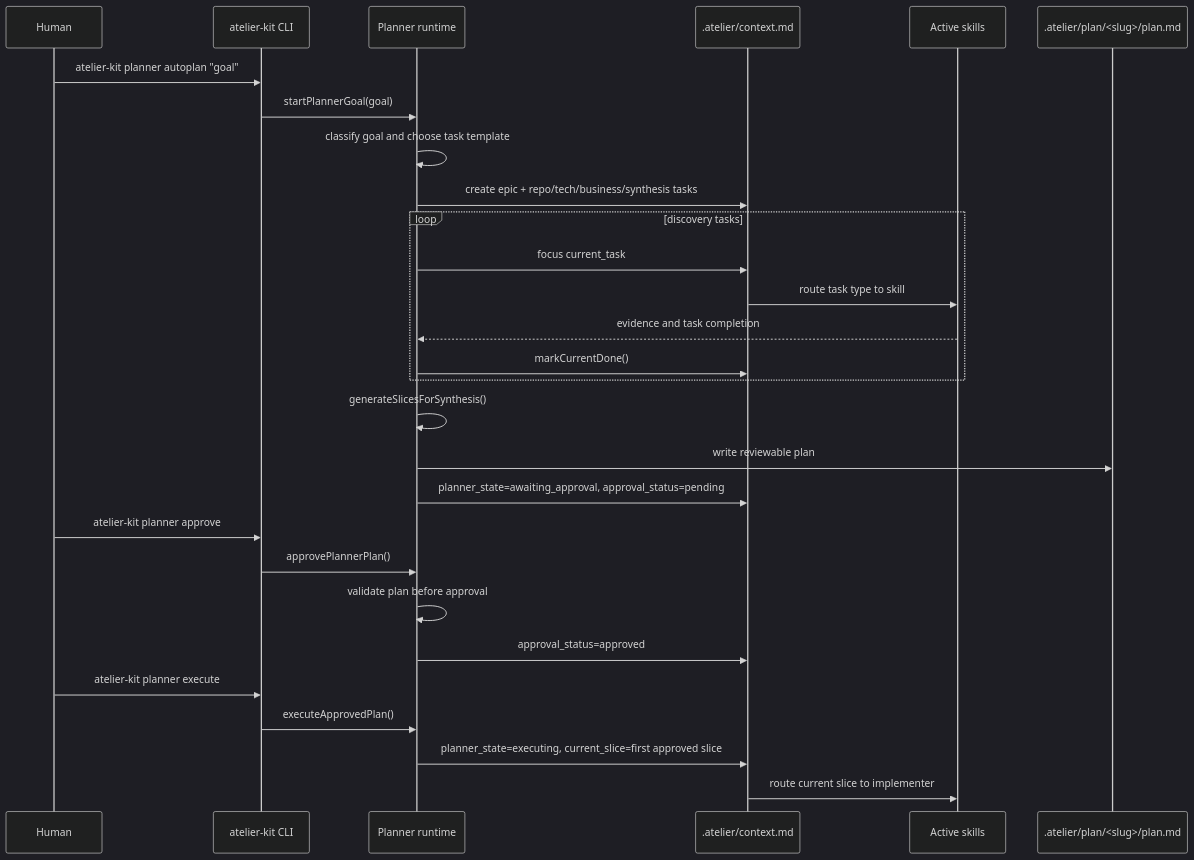
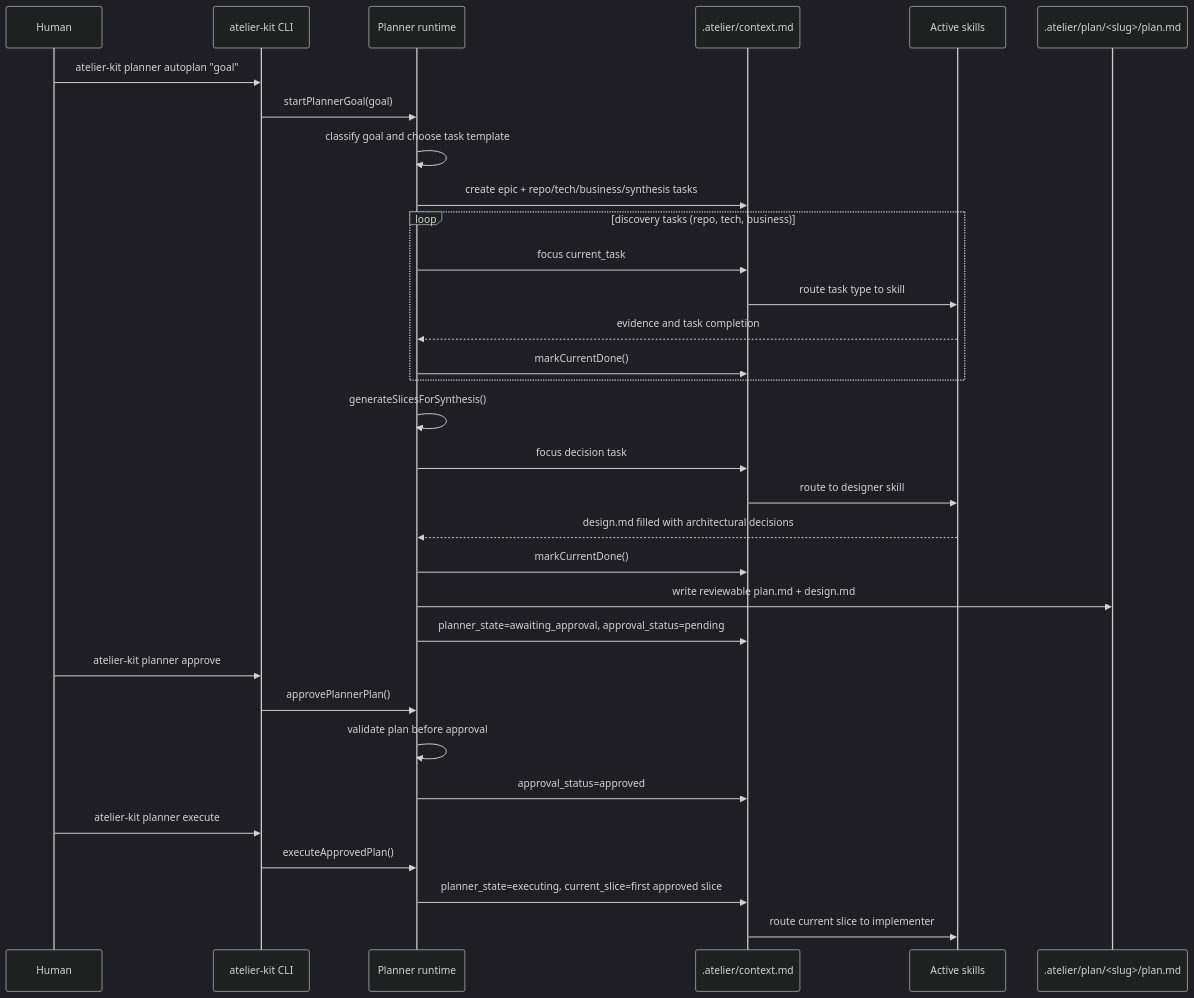
One commit to atelier-kit/atelier-kit changed the second of 8 diagrams in EXECUTION-FLOW.md. Above: the diagram before and after it, drawn with Mermaid (dark theme). The commit also changed other lines of this file and 13 other files, not shown here.

````diff
--- a/EXECUTION-FLOW.md
+++ b/EXECUTION-FLOW.md
@@ -43,35 +44,40 @@
 ```mermaid
 sequenceDiagram
   participant Human
   participant CLI as atelier-kit CLI
   participant Planner as Planner runtime
   participant State as .atelier/context.md
   participant Skills as Active skills
   participant Plan as .atelier/plan/<slug>/plan.md
 
   Human->>CLI: atelier-kit planner autoplan "goal"
   CLI->>Planner: startPlannerGoal(goal)
   Planner->>Planner: classify goal and choose task template
   Planner->>State: create epic + repo/tech/business/synthesis tasks
 
-  loop discovery tasks
+  loop discovery tasks (repo, tech, business)
     Planner->>State: focus current_task
     State->>Skills: route task type to skill
     Skills-->>Planner: evidence and task completion
     Planner->>State: markCurrentDone()
   end
 
   Planner->>Planner: generateSlicesForSynthesis()
-  Planner->>Plan: write reviewable plan
+  Planner->>State: focus decision task
+  State->>Skills: route to designer skill
+  Skills-->>Planner: design.md filled with architectural decisions
+  Planner->>State: markCurrentDone()
+
+  Planner->>Plan: write reviewable plan.md + design.md
   Planner->>State: planner_state=awaiting_approval, approval_status=pending
 
   Human->>CLI: atelier-kit planner approve
   CLI->>Planner: approvePlannerPlan()
   Planner->>Planner: validate plan before approval
   Planner->>State: approval_status=approved
 
   Human->>CLI: atelier-kit planner execute
   CLI->>Planner: executeApprovedPlan()
   Planner->>State: planner_state=executing, current_slice=first approved slice
   State->>Skills: route current slice to implementer
 ```
````
